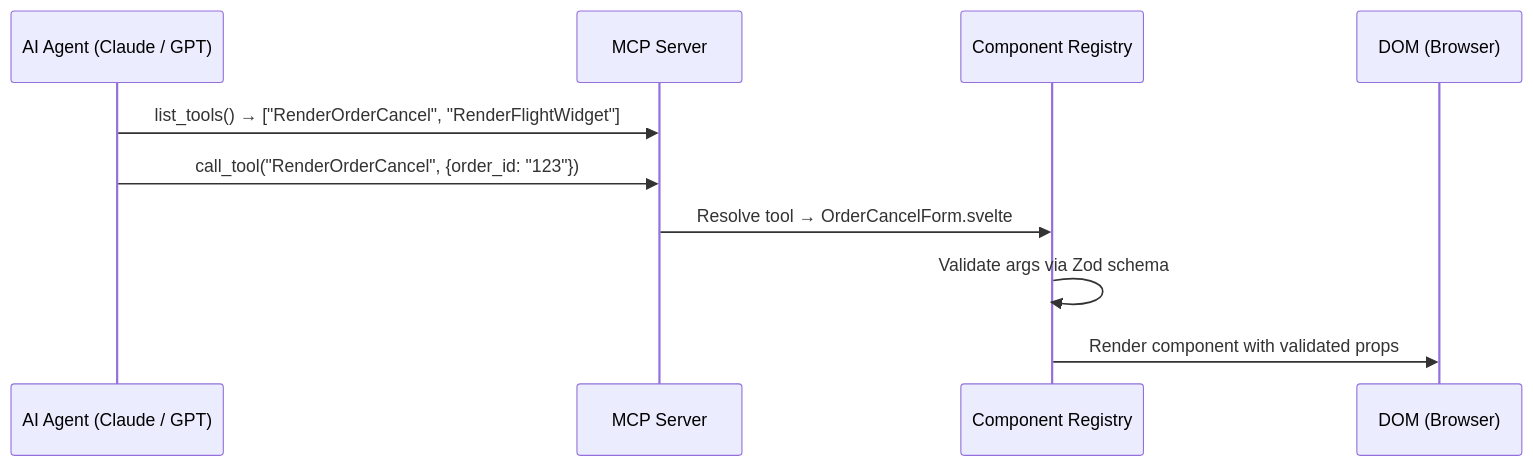
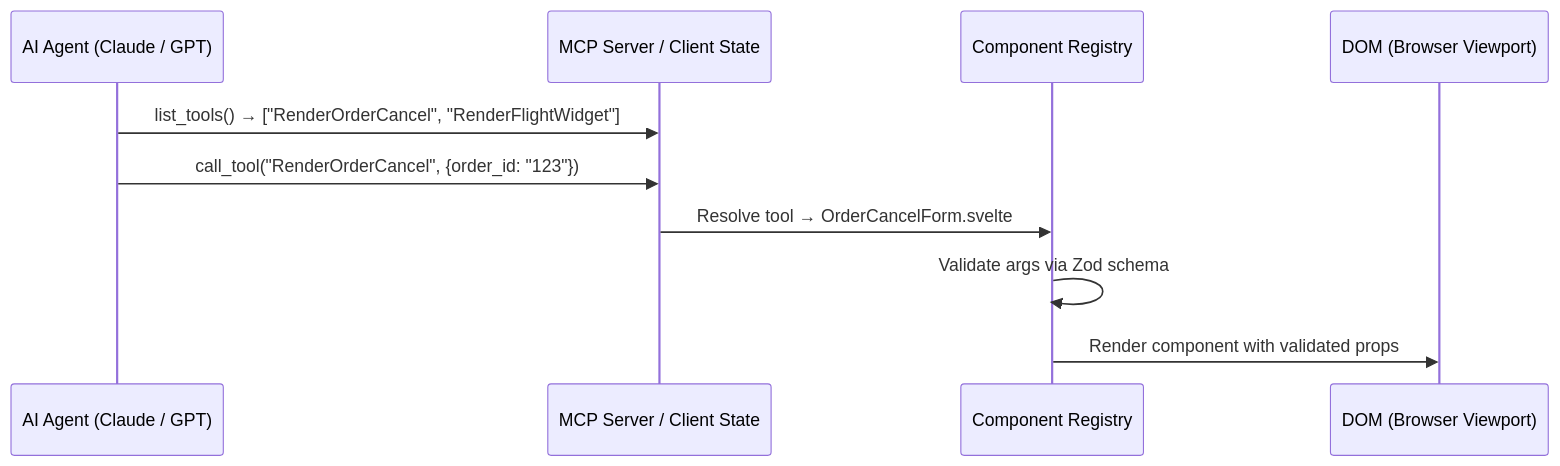
The second of 2 diagrams in content/posts/ai-native-frontend-architecture-predictions-2028.md (vesviet/vesviet), drawn with Mermaid before and after one commit. The commit also changed other lines of this file and 6 other files, not shown here.

````diff
--- a/content/posts/ai-native-frontend-architecture-predictions-2028.md
+++ b/content/posts/ai-native-frontend-architecture-predictions-2028.md
@@ -110,13 +118,13 @@
 ```mermaid
 sequenceDiagram
     participant A as AI Agent (Claude / GPT)
-    participant M as MCP Server
+    participant M as MCP Server / Client State
     participant R as Component Registry
-    participant D as DOM (Browser)
+    participant D as DOM (Browser Viewport)
 
     A->>M: list_tools() → ["RenderOrderCancel", "RenderFlightWidget"]
     A->>M: call_tool("RenderOrderCancel", {order_id: "123"})
     M->>R: Resolve tool → OrderCancelForm.svelte
     R->>R: Validate args via Zod schema
     R->>D: Render component with validated props
 ```
````
